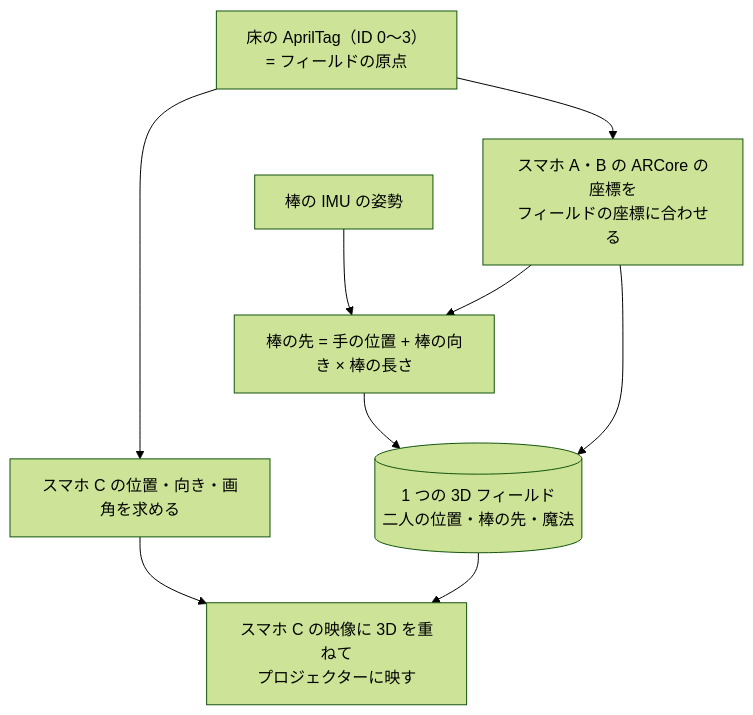
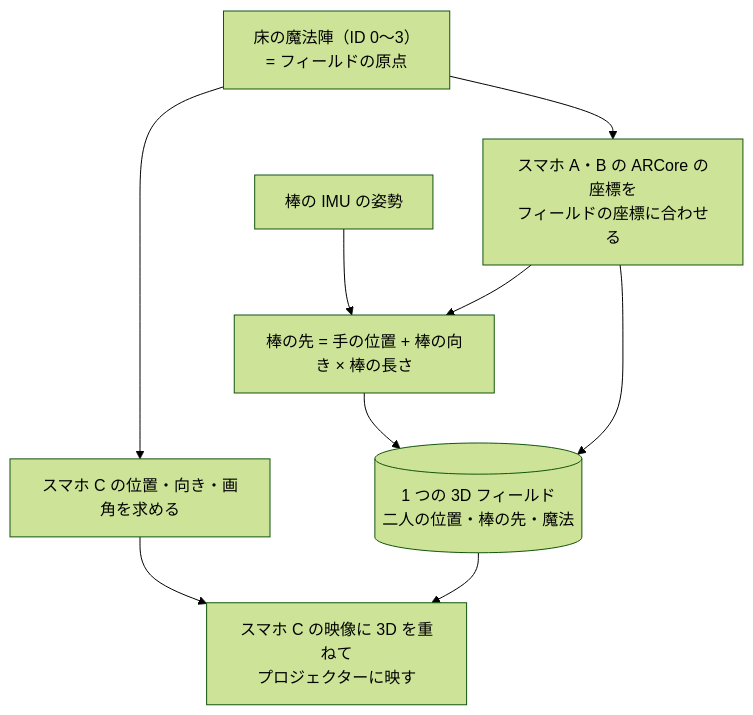
Before and after one commit to jphacks/os_2619: the second of 3 diagrams in README.md, drawn with Mermaid (forest theme). The commit also changed other lines of this file and 3 other files, not shown here.

````diff
--- a/README.md
+++ b/README.md
@@ -84,12 +88,12 @@
 ```mermaid
 flowchart TB
-  T["床の AprilTag（ID 0〜3）<br>= フィールドの原点"]
+  T["床の魔法陣（ID 0〜3）<br>= フィールドの原点"]
   T --> C["スマホ C の位置・向き・画角を求める"]
   T --> AB["スマホ A・B の ARCore の座標を<br>フィールドの座標に合わせる"]
   IMU["棒の IMU の姿勢"] --> TIP["棒の先 = 手の位置 + 棒の向き × 棒の長さ"]
   AB --> TIP
   AB --> F[("1 つの 3D フィールド<br>二人の位置・棒の先・魔法")]
   TIP --> F
   F --> O["スマホ C の映像に 3D を重ねて<br>プロジェクターに映す"]
   C --> O
 ```
````
